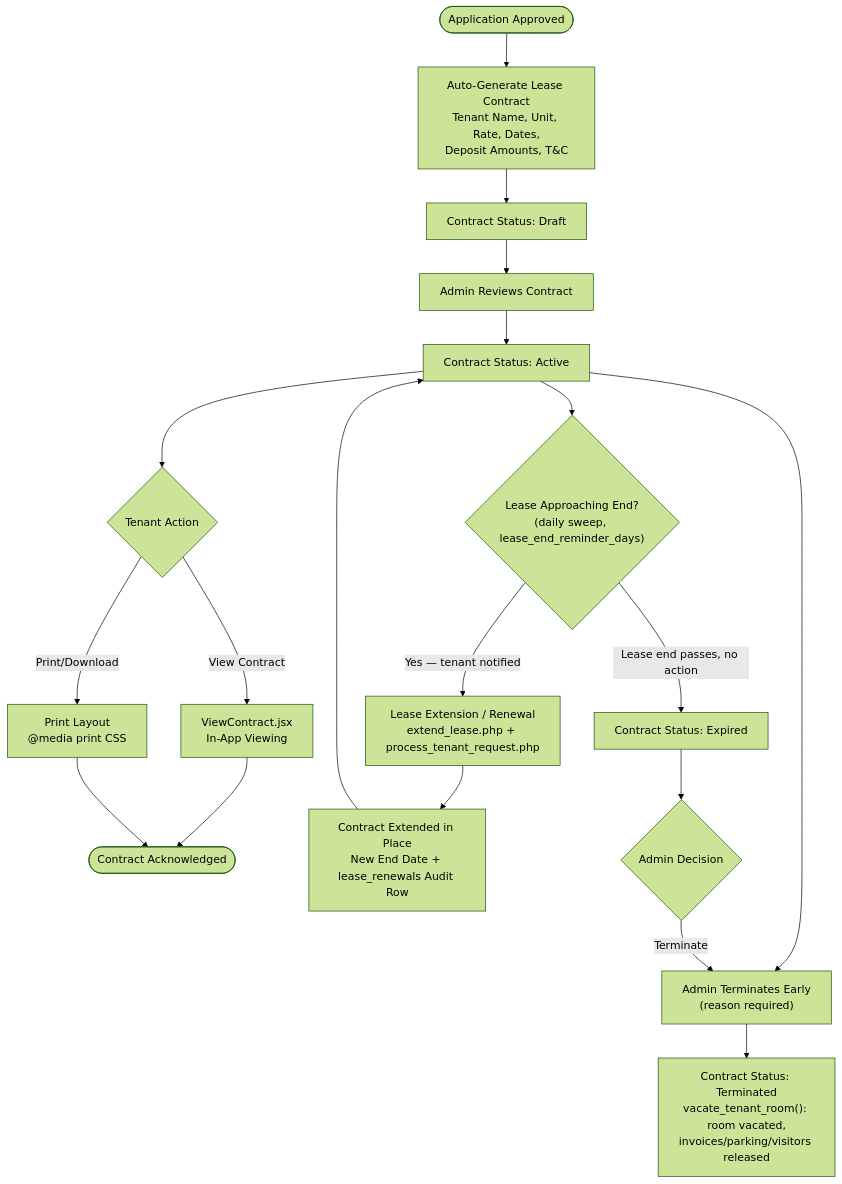
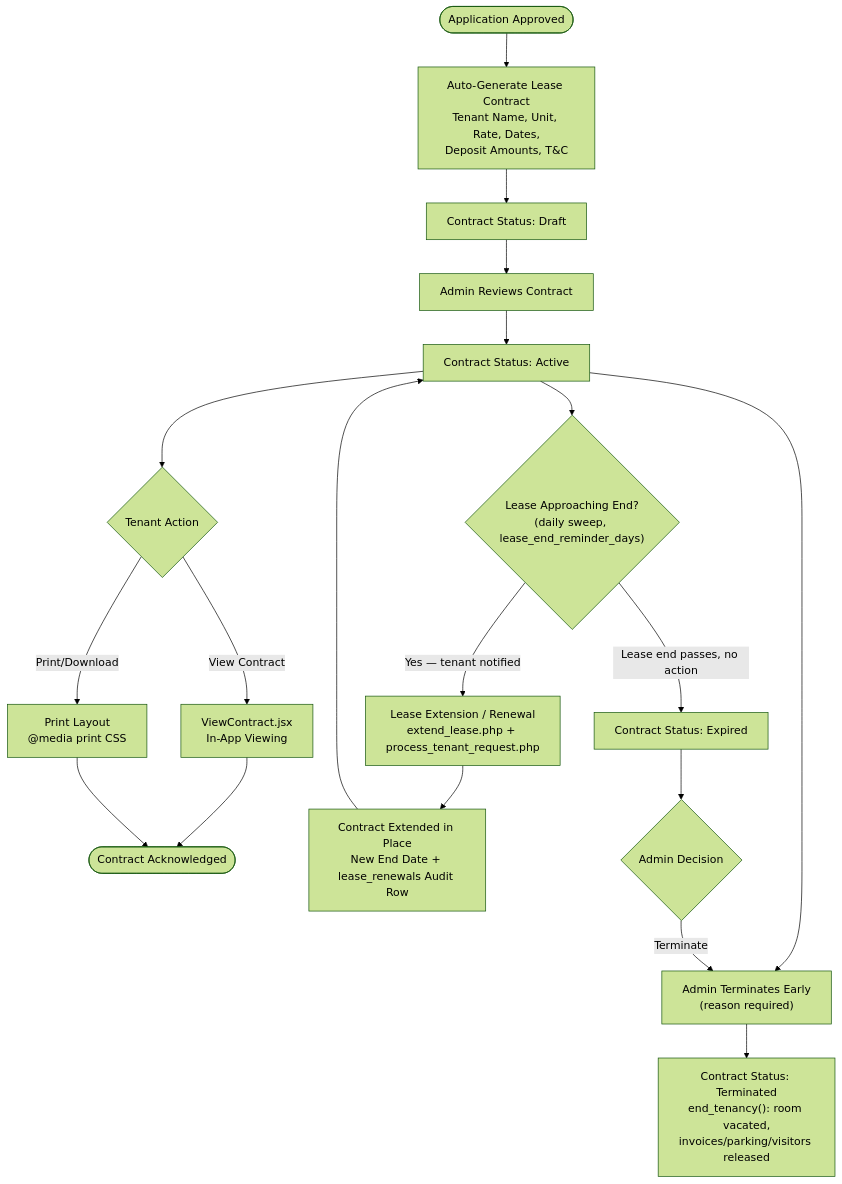
The eighth of 11 diagrams in docs/features/panelist_feature_checklist.md (Keonbe/ApartmentManagementSystem_React), drawn with Mermaid (forest theme) before and after one commit. The commit also changed other lines of this file and 10 other files, not shown here.

First line of the commit message:
docs(verify): align API, schema, checklist and design docs with the code

````diff
--- a/docs/features/panelist_feature_checklist.md
+++ b/docs/features/panelist_feature_checklist.md
@@ -266,21 +266,21 @@
 ```mermaid
 flowchart TD
     A(["Application Approved"]) --> B["Auto-Generate Lease Contract<br/>Tenant Name, Unit, Rate, Dates,<br/>Deposit Amounts, T&C"]
     B --> C["Contract Status: Draft"]
     C --> D["Admin Reviews Contract"]
     D --> E["Contract Status: Active"]
     E --> F{"Tenant Action"}
     F -->|View Contract| G["ViewContract.jsx<br/>In-App Viewing"]
     F -->|Print/Download| H["Print Layout<br/>@media print CSS"]
     G --> I(["Contract Acknowledged"])
     H --> I
     E --> J{"Lease Approaching End?<br/>(daily sweep, lease_end_reminder_days)"}
     J -->|Yes — tenant notified| K["Lease Extension / Renewal<br/>extend_lease.php + process_tenant_request.php"]
     K --> L["Contract Extended in Place<br/>New End Date + lease_renewals Audit Row"]
     L --> E
     J -->|Lease end passes, no action| M["Contract Status: Expired"]
     M --> N{"Admin Decision"}
     E --> O["Admin Terminates Early<br/>(reason required)"]
     N -->|Terminate| O
-    O --> P["Contract Status: Terminated<br/>vacate_tenant_room(): room vacated,<br/>invoices/parking/visitors released"]
+    O --> P["Contract Status: Terminated<br/>end_tenancy(): room vacated,<br/>invoices/parking/visitors released"]
 ```
````
